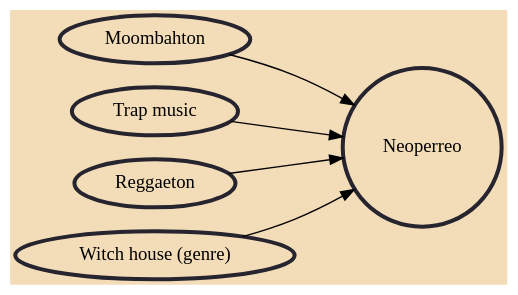
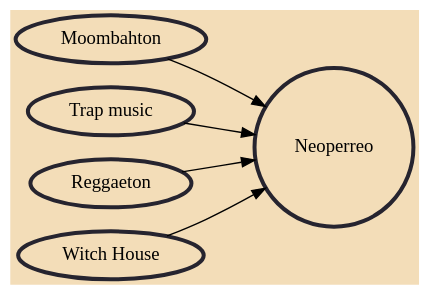
Before and after one commit to avengerpenguin/musicgenres: the diagram in Music/Neoperreo.md, drawn with Graphviz. The commit also changed other lines of this file and 9 other files, not shown here.

Commit message:
Simplify Witch House (genre) to just Witch House

````diff
--- a/Music/Neoperreo.md
+++ b/Music/Neoperreo.md
@@ -6,15 +6,15 @@
 ```dot
 digraph {
 	graph [bgcolor="#F3DDB8" rankdir=LR]
 	node [color="#26242F" penwidth=3.0]
 	Neoperreo [shape=circle]
 	Moombahton [URL="/moombahton/"]
 	Moombahton -> Neoperreo
 	"Trap music" [URL="/trap-music/"]
 	"Trap music" -> Neoperreo
 	Reggaeton [URL="/reggaeton/"]
 	Reggaeton -> Neoperreo
-	"Witch house (genre)" [URL="/witch-house-genre/"]
-	"Witch house (genre)" -> Neoperreo
+	"Witch House" [URL="/witch-house/"]
+	"Witch House" -> Neoperreo
 }
 ```
````
